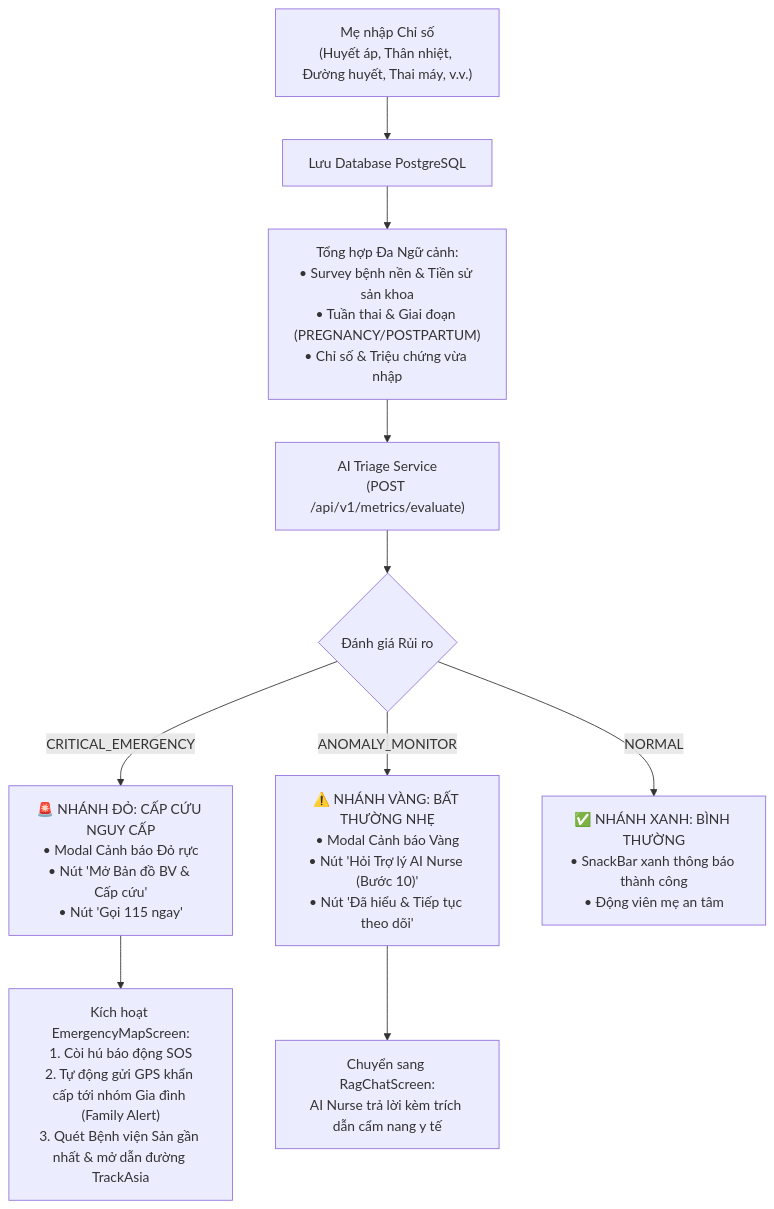
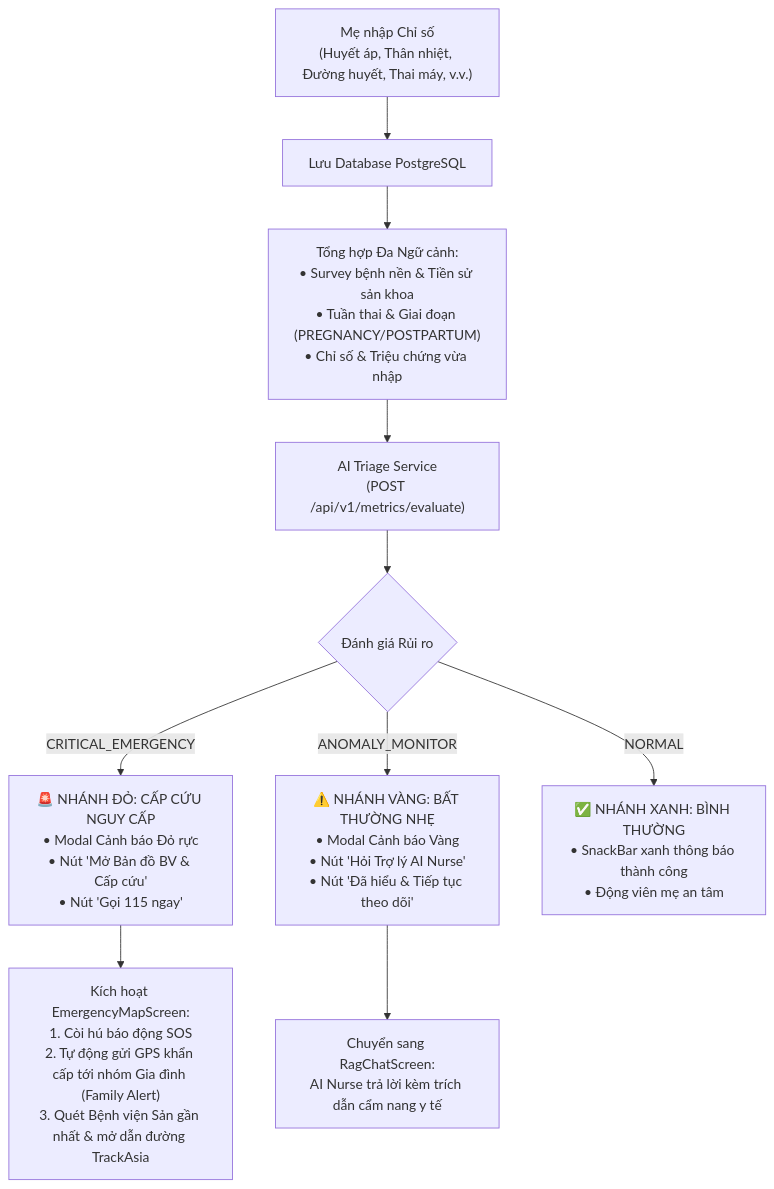
Before and after one commit to ChuongBDHE172784/CareBridge_SEP490_G79: the second of 2 diagrams in docs/AI/01_THIET_KE_KIEN_TRUC_AI_RAG_VA_BAO_VE_DO_AN.md, drawn with Mermaid. The commit also changed other lines of this file and 3 other files, not shown here.

````diff
--- a/docs/AI/01_THIET_KE_KIEN_TRUC_AI_RAG_VA_BAO_VE_DO_AN.md
+++ b/docs/AI/01_THIET_KE_KIEN_TRUC_AI_RAG_VA_BAO_VE_DO_AN.md
@@ -250,16 +250,16 @@
 ```mermaid
 flowchart TD
     INPUT["Mẹ nhập Chỉ số<br/>(Huyết áp, Thân nhiệt, Đường huyết, Thai máy, v.v.)"] --> SAVE_DB["Lưu Database PostgreSQL"]
     SAVE_DB --> AGGREGATE["Tổng hợp Đa Ngữ cảnh:<br/>• Survey bệnh nền & Tiền sử sản khoa<br/>• Tuần thai & Giai đoạn (PREGNANCY/POSTPARTUM)<br/>• Chỉ số & Triệu chứng vừa nhập"]
     AGGREGATE --> AI_EVAL["AI Triage Service<br/>(POST /api/v1/metrics/evaluate)"]
     
     AI_EVAL --> RISK_CHECK{"Đánh giá Rủi ro"}
 
     RISK_CHECK -->|CRITICAL_EMERGENCY| RED_BRANCH["🚨 NHÁNH ĐỎ: CẤP CỨU NGUY CẤP<br/>• Modal Cảnh báo Đỏ rực<br/>• Nút 'Mở Bản đồ BV & Cấp cứu'<br/>• Nút 'Gọi 115 ngay'"]
     RED_BRANCH --> RED_ACTIONS["Kích hoạt EmergencyMapScreen:<br/>1. Còi hú báo động SOS<br/>2. Tự động gửi GPS khẩn cấp tới nhóm Gia đình (Family Alert)<br/>3. Quét Bệnh viện Sản gần nhất & mở dẫn đường TrackAsia"]
 
-    RISK_CHECK -->|ANOMALY_MONITOR| YELLOW_BRANCH["⚠️ NHÁNH VÀNG: BẤT THƯỜNG NHẸ<br/>• Modal Cảnh báo Vàng<br/>• Nút 'Hỏi Trợ lý AI Nurse (Bước 10)'<br/>• Nút 'Đã hiểu & Tiếp tục theo dõi'"]
+    RISK_CHECK -->|ANOMALY_MONITOR| YELLOW_BRANCH["⚠️ NHÁNH VÀNG: BẤT THƯỜNG NHẸ<br/>• Modal Cảnh báo Vàng<br/>• Nút 'Hỏi Trợ lý AI Nurse'<br/>• Nút 'Đã hiểu & Tiếp tục theo dõi'"]
     YELLOW_BRANCH --> YELLOW_ACTIONS["Chuyển sang RagChatScreen:<br/>AI Nurse trả lời kèm trích dẫn cẩm nang y tế"]
 
     RISK_CHECK -->|NORMAL| GREEN_BRANCH["✅ NHÁNH XANH: BÌNH THƯỜNG<br/>• SnackBar xanh thông báo thành công<br/>• Động viên mẹ an tâm"]
 ```
````
